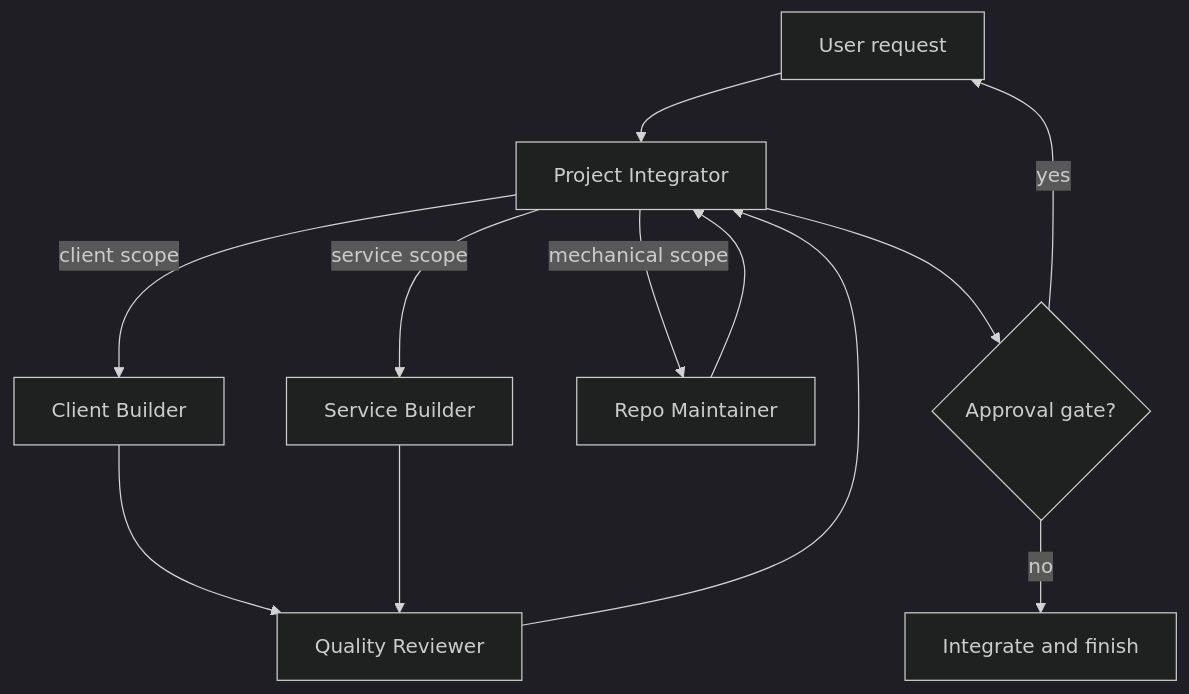
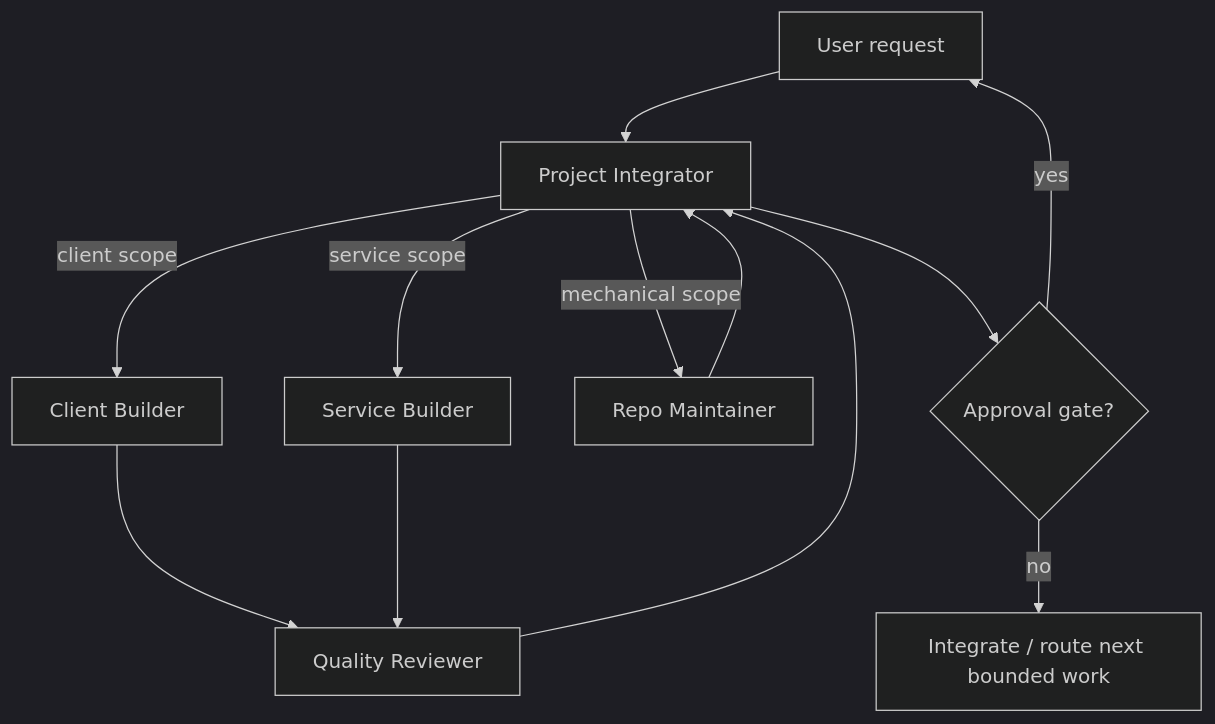
The diagram in docs/agent-architecture.md (devkimhongjin/codeArchive), drawn with Mermaid (dark theme) before and after one commit. The commit also changed other lines of this file and 13 other files, not shown here.

````diff
--- a/docs/agent-architecture.md
+++ b/docs/agent-architecture.md
@@ -39,14 +39,14 @@
 ```mermaid
 flowchart TD
     U["User request"] --> I["Project Integrator"]
     I -->|client scope| C["Client Builder"]
     I -->|service scope| S["Service Builder"]
     I -->|mechanical scope| M["Repo Maintainer"]
     C --> R["Quality Reviewer"]
     S --> R
     M --> I
     R --> I
     I --> G{"Approval gate?"}
-    G -->|no| D["Integrate and finish"]
+    G -->|no| D["Integrate / route next bounded work"]
     G -->|yes| U
 ```
````
